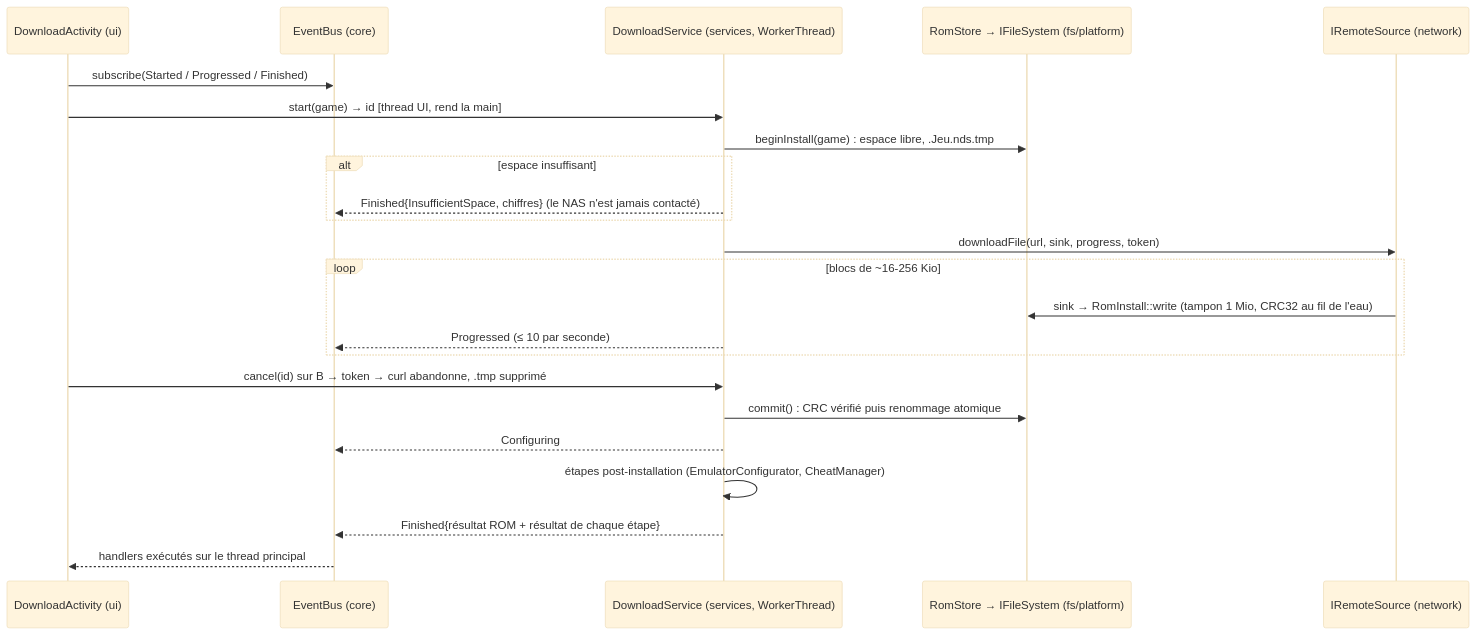
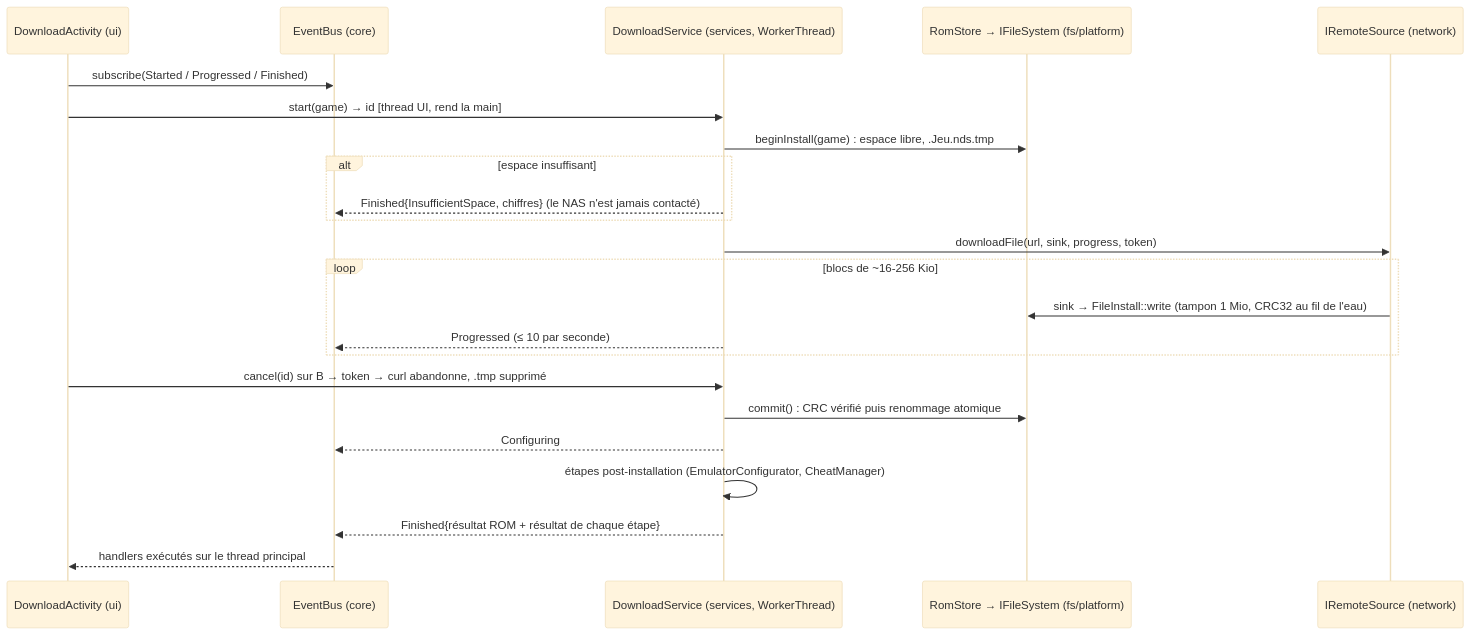
The third of 4 diagrams in retromanager/ARCHITECTURE.md (leo3438/my_little_shop_discord.py), drawn with Mermaid (base theme) before and after one commit. The commit also changed other lines of this file and 3 other files, not shown here.

````diff
--- a/retromanager/ARCHITECTURE.md
+++ b/retromanager/ARCHITECTURE.md
@@ -186,25 +186,25 @@
 ```mermaid
 sequenceDiagram
     participant UI as DownloadActivity (ui)
     participant B as EventBus (core)
     participant D as DownloadService (services, WorkerThread)
     participant F as RomStore → IFileSystem (fs/platform)
     participant R as IRemoteSource (network)
     UI->>B: subscribe(Started / Progressed / Finished)
     UI->>D: start(game) → id                       [thread UI, rend la main]
     D->>F: beginInstall(game) : espace libre, .Jeu.nds.tmp
     alt espace insuffisant
         D-->>B: Finished{InsufficientSpace, chiffres}  (le NAS n'est jamais contacté)
     end
     D->>R: downloadFile(url, sink, progress, token)
     loop blocs de ~16-256 Kio
-        R->>F: sink → RomInstall::write (tampon 1 Mio, CRC32 au fil de l'eau)
+        R->>F: sink → FileInstall::write (tampon 1 Mio, CRC32 au fil de l'eau)
         D-->>B: Progressed (≤ 10 par seconde)
     end
     UI->>D: cancel(id) sur B → token → curl abandonne, .tmp supprimé
     D->>F: commit() : CRC vérifié puis renommage atomique
     D-->>B: Configuring
     D->>D: étapes post-installation (EmulatorConfigurator, CheatManager)
     D-->>B: Finished{résultat ROM + résultat de chaque étape}
     B-->>UI: handlers exécutés sur le thread principal
 ```
````
